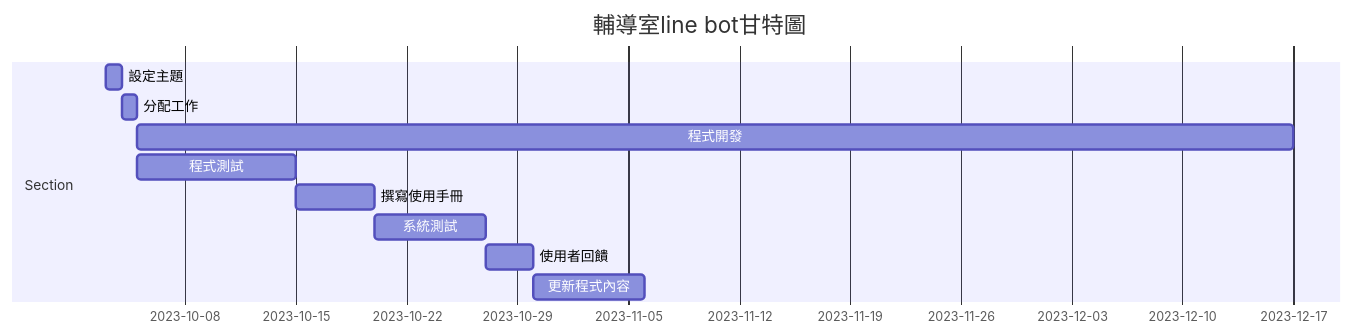
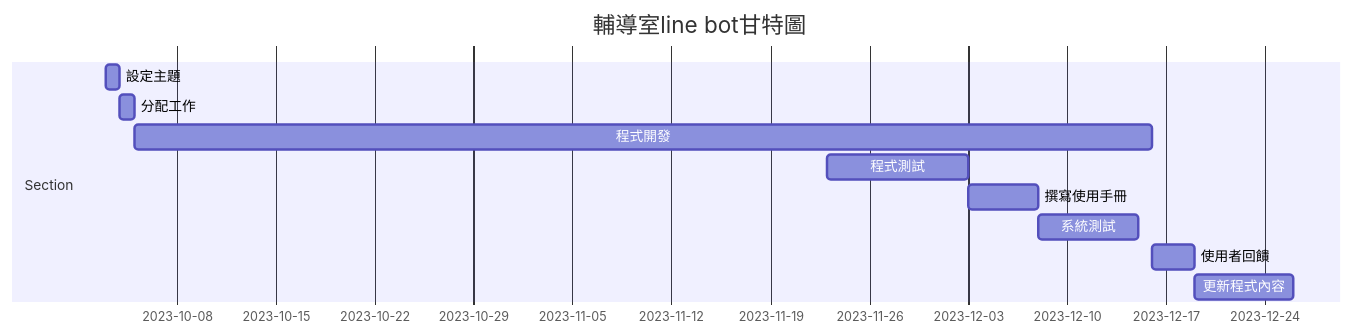
Before and after one commit to xinyi1201/Group5: the diagram in hw2.md, drawn with Mermaid.

````diff
--- a/hw2.md
+++ b/hw2.md
@@ -13,14 +13,14 @@
 ```mermaid
 gantt
     title 輔導室line bot甘特圖
 
     section Section
     設定主題     :a1, 2023-10-03, 0.5d
     分配工作     :a2, after a1, 0.5d
-    程式開發     :a3, after a2 , 73d
-    程式測試     :a4, after a2  , 10d
+    程式開發     :a3, after a2 , 72d
+    程式測試     :a4, 2023-11-23 , 10d
     撰寫使用手冊 :a5, after  a4  , 5d
     系統測試     :a6, after a5  , 7d
-    使用者回饋    :a7, after a6 , 3d
+    使用者回饋    :a7, after a3 , 3d
     更新程式內容  :a8, after a7 , 7d
 ```
````
